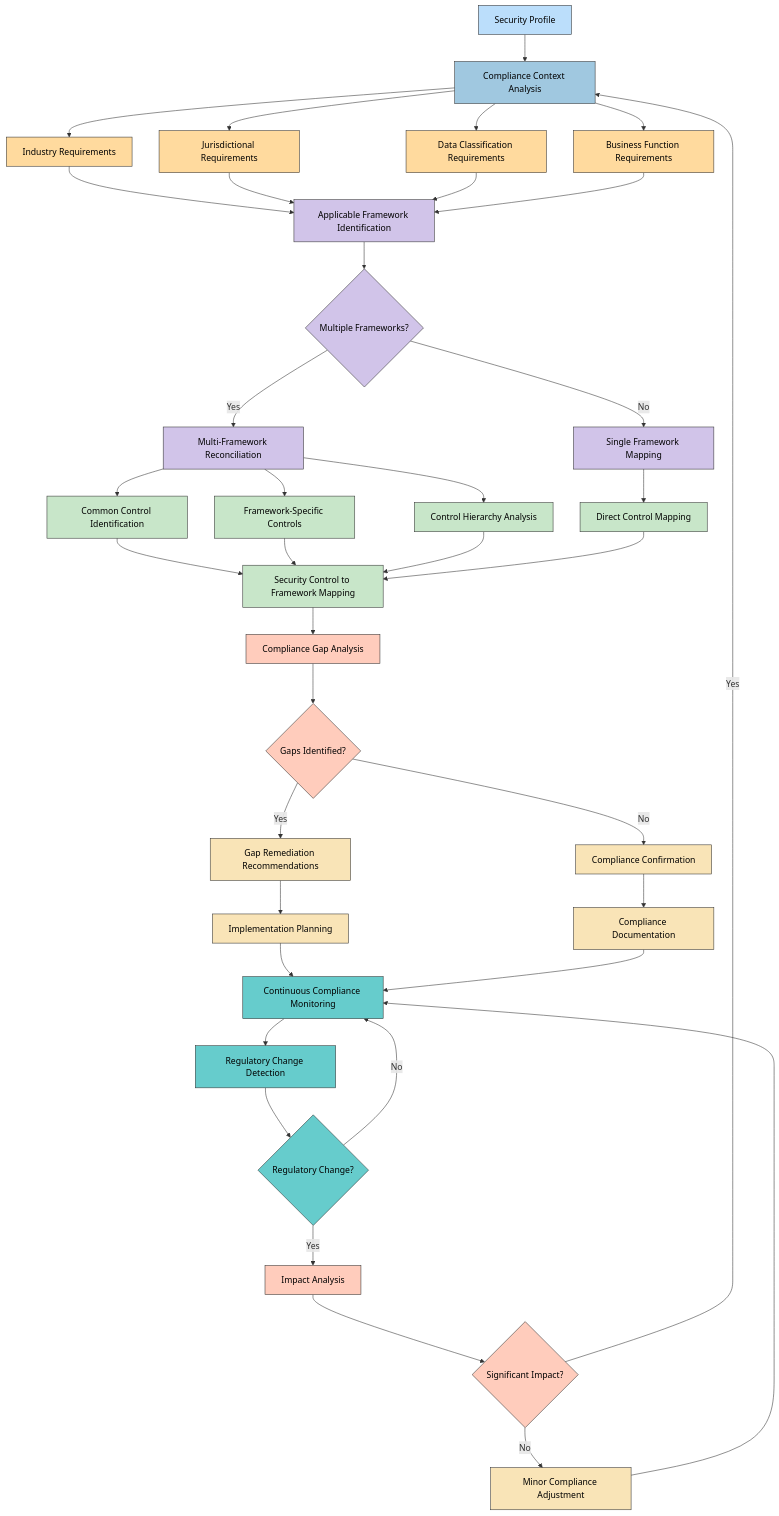
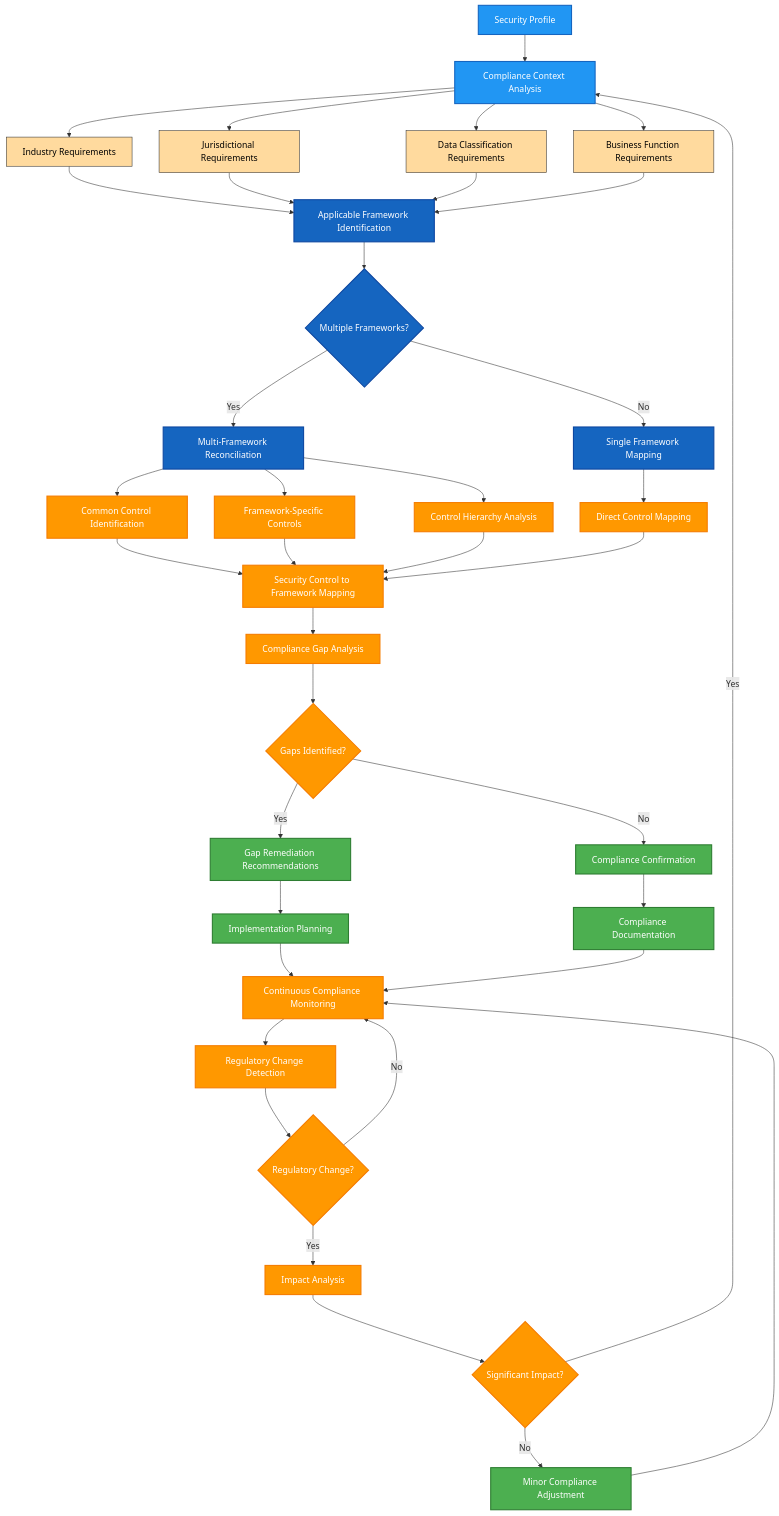
One commit to Hack23/cia-compliance-manager changed the fourth of 15 diagrams in docs/architecture/FUTURE_FLOWCHART.md. Above: the diagram before and after it, drawn with Mermaid. The commit also changed other lines of this file and 18 other files, not shown here.

First line of the commit message:
style: update all classDef colors to ISMS style guide palette and fix quadrant charts

````diff
--- a/docs/architecture/FUTURE_FLOWCHART.md
+++ b/docs/architecture/FUTURE_FLOWCHART.md
@@ -271,64 +271,64 @@
 ```mermaid
 flowchart TD
     A[Security Profile] --> B[Compliance Context Analysis]
     
     B --> C1[Industry Requirements]
     B --> C2[Jurisdictional Requirements]
     B --> C3[Data Classification Requirements]
     B --> C4[Business Function Requirements]
     
     C1 & C2 & C3 & C4 --> D[Applicable Framework Identification]
     
     D --> E{Multiple Frameworks?}
     
     E -->|Yes| F1[Multi-Framework Reconciliation]
     E -->|No| F2[Single Framework Mapping]
     
     F1 --> G1[Common Control Identification]
     F1 --> G2[Framework-Specific Controls]
     F1 --> G3[Control Hierarchy Analysis]
     
     F2 --> G4[Direct Control Mapping]
     
     G1 & G2 & G3 & G4 --> H[Security Control to Framework Mapping]
     
     H --> I[Compliance Gap Analysis]
     I --> J{Gaps Identified?}
     
     J -->|Yes| K1[Gap Remediation Recommendations]
     J -->|No| K2[Compliance Confirmation]
     
     K1 --> L[Implementation Planning]
     K2 --> M[Compliance Documentation]
     
     L & M --> N[Continuous Compliance Monitoring]
     N --> O[Regulatory Change Detection]
     
     O --> P{Regulatory Change?}
     P -->|Yes| Q[Impact Analysis]
     P -->|No| N
     
     Q --> R{Significant Impact?}
     R -->|Yes| B
     R -->|No| S[Minor Compliance Adjustment]
     S --> N
 
-    classDef profile fill:#bbdefb,stroke:#333,stroke-width:1px,color:black
-    classDef context fill:#a0c8e0,stroke:#333,stroke-width:1px,color:black
+    classDef profile fill:#2196F3,stroke:#1565C0,stroke-width:2px,color:#ffffff
+    classDef context fill:#2196F3,stroke:#1565C0,stroke-width:2px,color:#ffffff
     classDef reqs fill:#ffda9e,stroke:#333,stroke-width:1px,color:black
-    classDef framework fill:#d1c4e9,stroke:#333,stroke-width:1px,color:black
-    classDef mapping fill:#c8e6c9,stroke:#333,stroke-width:1px,color:black
-    classDef analysis fill:#ffccbc,stroke:#333,stroke-width:1px,color:black
-    classDef output fill:#f9e4b7,stroke:#333,stroke-width:1px,color:black
-    classDef decision fill:#ff9966,stroke:#333,stroke-width:1px,color:black
-    classDef monitoring fill:#66cccc,stroke:#333,stroke-width:1px,color:black
+    classDef framework fill:#1565C0,stroke:#0D47A1,stroke-width:2px,color:#ffffff
+    classDef mapping fill:#FF9800,stroke:#F57C00,stroke-width:2px,color:#ffffff
+    classDef analysis fill:#FF9800,stroke:#F57C00,stroke-width:2px,color:#ffffff
+    classDef output fill:#4CAF50,stroke:#2E7D32,stroke-width:2px,color:#ffffff
+    classDef decision fill:#FF9800,stroke:#F57C00,stroke-width:2px,color:#ffffff
+    classDef monitoring fill:#FF9800,stroke:#F57C00,stroke-width:2px,color:#ffffff
     
     class A profile
     class B context
     class C1,C2,C3,C4 reqs
     class D,E,F1,F2 framework
     class G1,G2,G3,G4,H mapping
     class I,J,Q,R analysis
     class K1,K2,L,M,S output
     class N,O,P monitoring
 ```
````
